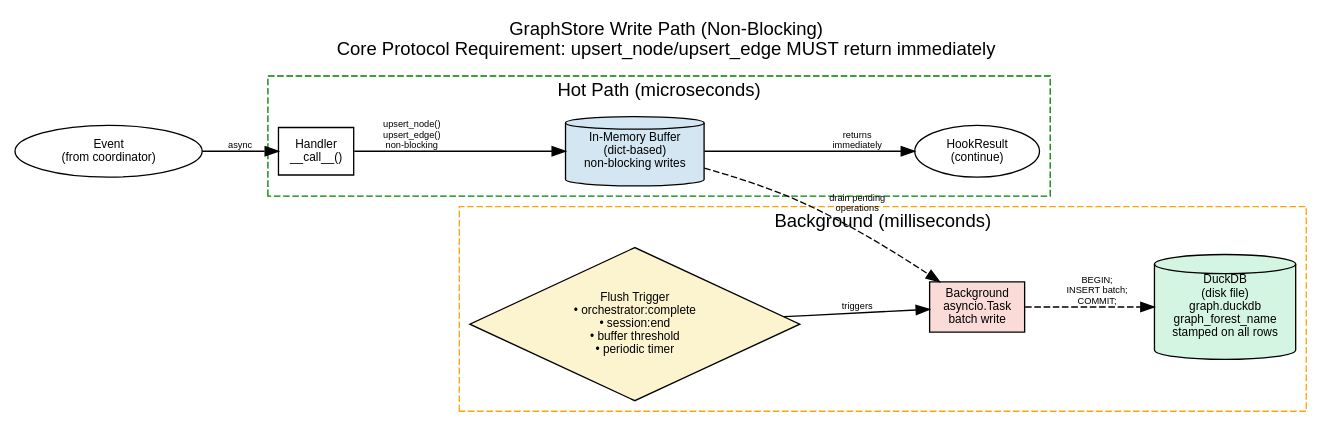
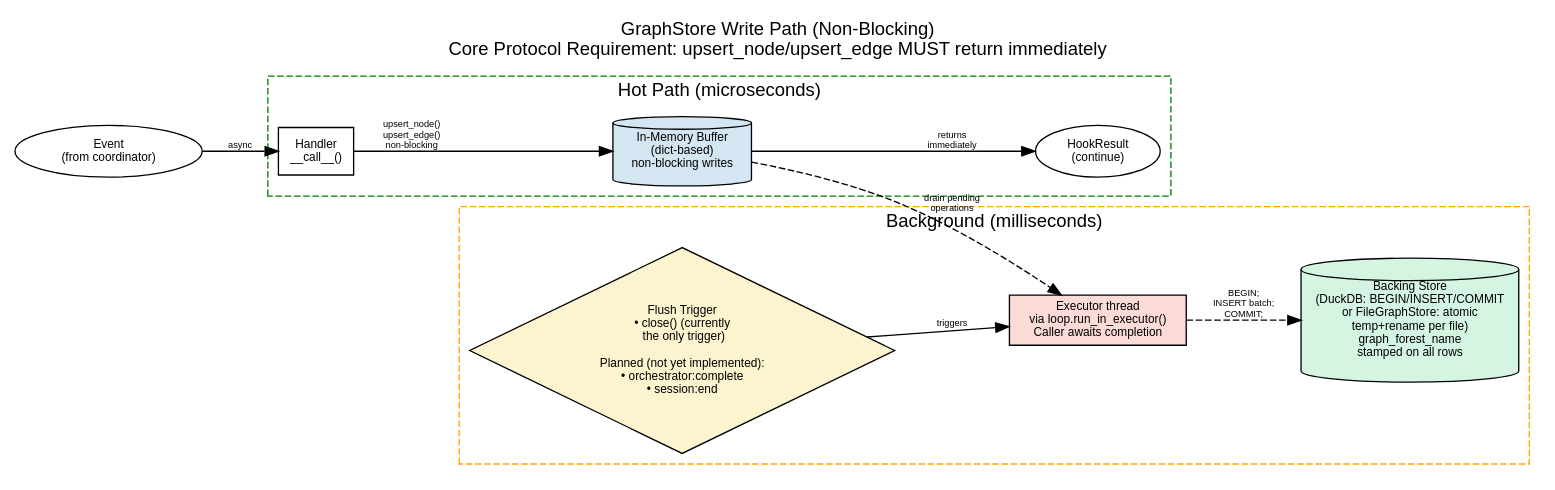
Before and after one commit to microsoft/amplifier-bundle-context-intelligence: the diagram in context/write-path.dot, drawn with Graphviz. The commit also changed 9 other files, not shown here.

Commit message:
fix: correct 18 DOT diagram inaccuracies + add real-session integration tests (22 tests from session 44be6956)

```diff
--- a/context/write-path.dot
+++ b/context/write-path.dot
@@ -1,47 +1,47 @@
 digraph write_path {
     rankdir=LR;
     label="GraphStore Write Path (Non-Blocking)\nCore Protocol Requirement: upsert_node/upsert_edge MUST return immediately";
     labelloc=t;
     fontsize=14;
     fontname="Helvetica";
     node [fontname="Helvetica", fontsize=9];
     edge [fontname="Helvetica", fontsize=7];
 
     // Actors
     event [label="Event\n(from coordinator)" shape=oval];
     handler [label="Handler\n__call__()" shape=box];
     buffer [label="In-Memory Buffer\n(dict-based)\nnon-blocking writes"
             shape=cylinder style=filled fillcolor="#D4E6F1"];
     hook_result [label="HookResult\n(continue)" shape=oval];
 
     // Background
-    flush_trigger [label="Flush Trigger\n• orchestrator:complete\n• session:end\n• buffer threshold\n• periodic timer"
+    flush_trigger [label="Flush Trigger\n• close() (currently\n  the only trigger)\n\nPlanned (not yet implemented):\n• orchestrator:complete\n• session:end"
                    shape=diamond style=filled fillcolor="#FCF3CF"];
-    flush_task [label="Background\nasyncio.Task\nbatch write" shape=box
+    flush_task [label="Executor thread\nvia loop.run_in_executor()\nCaller awaits completion" shape=box
                 style=filled fillcolor="#FADBD8"];
-    duckdb [label="DuckDB\n(disk file)\ngraph.duckdb\ngraph_forest_name\nstamped on all rows"
+    duckdb [label="Backing Store\n(DuckDB: BEGIN/INSERT/COMMIT\nor FileGraphStore: atomic\ntemp+rename per file)\ngraph_forest_name\nstamped on all rows"
             shape=cylinder style=filled fillcolor="#D5F5E3"];
 
     // Hot path (fast)
     event -> handler [label="async"];
     handler -> buffer [label="upsert_node()\nupsert_edge()\nnon-blocking"];
     buffer -> hook_result [label="returns\nimmediately"];
 
     // Background flush (decoupled)
     flush_trigger -> flush_task [label="triggers"];
     buffer -> flush_task [label="drain pending\noperations" style=dashed];
     flush_task -> duckdb [label="BEGIN;\nINSERT batch;\nCOMMIT;"
                           style=dashed];
 
     // Subgraph for visual grouping
     subgraph cluster_hot {
         label="Hot Path (microseconds)";
         style=dashed; color=green;
         handler; buffer; hook_result;
     }
     subgraph cluster_background {
         label="Background (milliseconds)";
         style=dashed; color=orange;
         flush_trigger; flush_task; duckdb;
     }
 }
```
